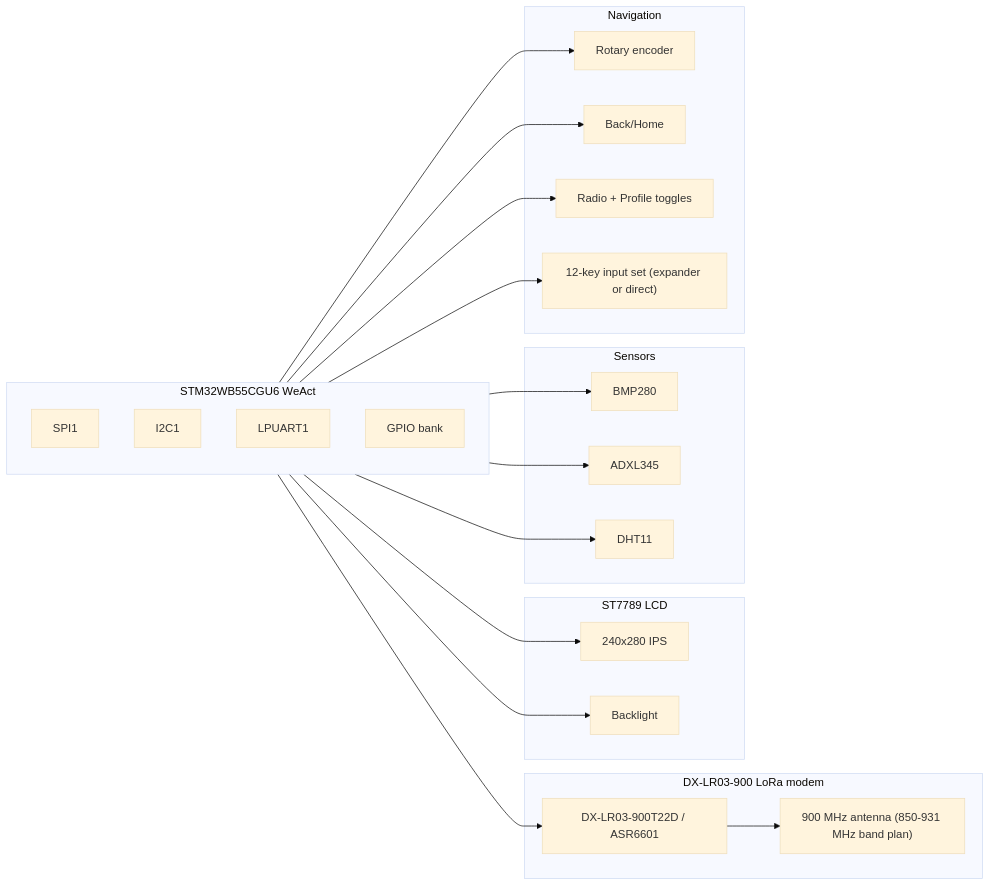
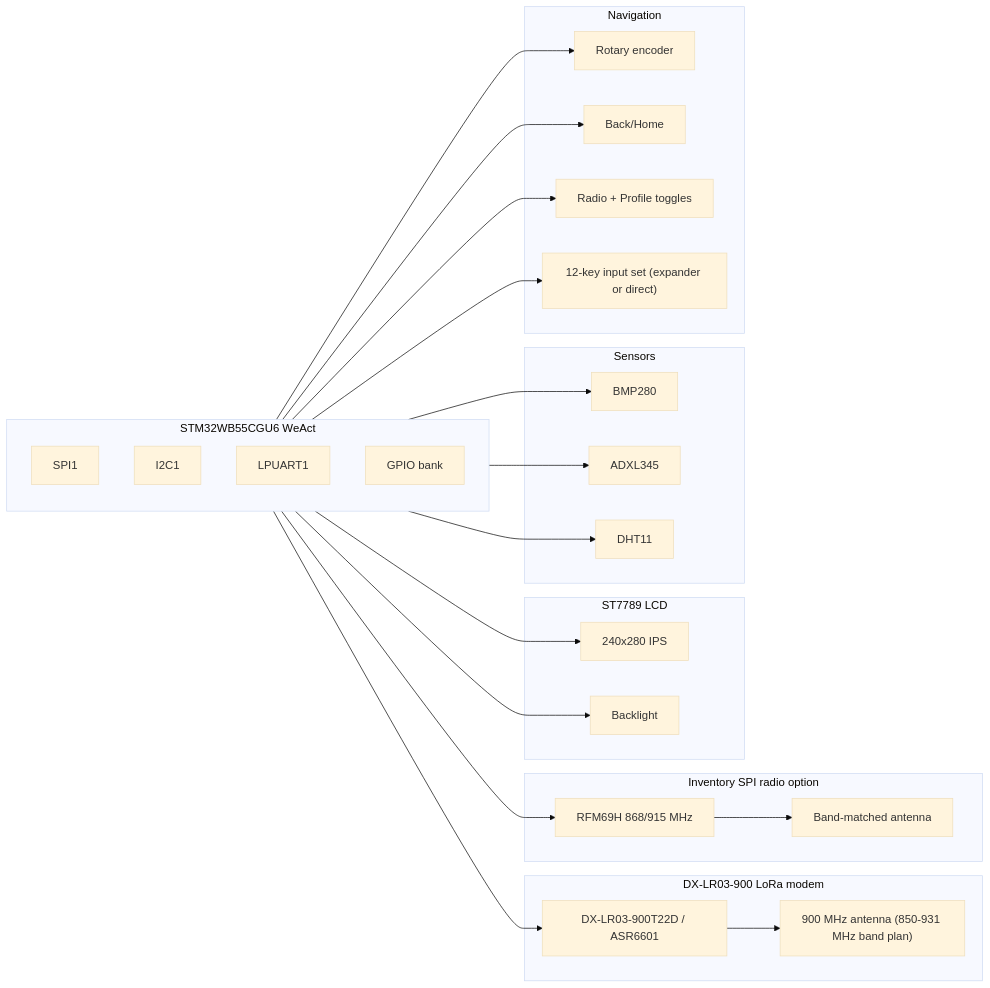
One commit to kulabisbeebellkbbai-oss/STM32-LoRa-Device changed the diagram in docs/wiring-diagrams.md. Above: the diagram before and after it, drawn with Mermaid (base theme). The commit also changed other lines of this file and 19 other files, not shown here.

````diff
--- a/docs/wiring-diagrams.md
+++ b/docs/wiring-diagrams.md
@@ -8,46 +8,53 @@
 ```mermaid
 %% File: assets/lora-endpoint-architecture.mmd
 flowchart LR
   subgraph MCU["STM32WB55CGU6 WeAct"]
     direction TB
     SPI1["SPI1"]
     I2C1["I2C1"]
     LPUART1["LPUART1"]
     GPIO["GPIO bank"]
   end
 
   subgraph Radio["DX-LR03-900 LoRa modem"]
     RFM["DX-LR03-900T22D / ASR6601"]
     Ant["900 MHz antenna (850-931 MHz band plan)"]
+  end
+
+  subgraph AltRadio["Inventory SPI radio option"]
+    RFM69["RFM69H 868/915 MHz"]
+    RFM69Ant["Band-matched antenna"]
   end
 
   subgraph Display["ST7789 LCD"]
     TFT["240x280 IPS"]
     BL["Backlight"]
   end
 
   subgraph Sensors["Sensors"]
     BMP["BMP280"]
     ACC["ADXL345"]
     DHT["DHT11"]
   end
 
   subgraph Fix["Navigation"]
     ENC["Rotary encoder"]
     BTN["Back/Home"]
     SW["Radio + Profile toggles"]
     PAD["12-key input set (expander or direct)"]
   end
 
   SPI1 --> TFT
   I2C1 --> BMP
   I2C1 --> ACC
   GPIO --> DHT
   LPUART1 --> RFM
   RFM --> Ant
+  SPI1 --> RFM69
+  RFM69 --> RFM69Ant
   GPIO --> ENC
   GPIO --> BTN
   GPIO --> SW
   GPIO --> PAD
   GPIO --> BL
 ```
````
